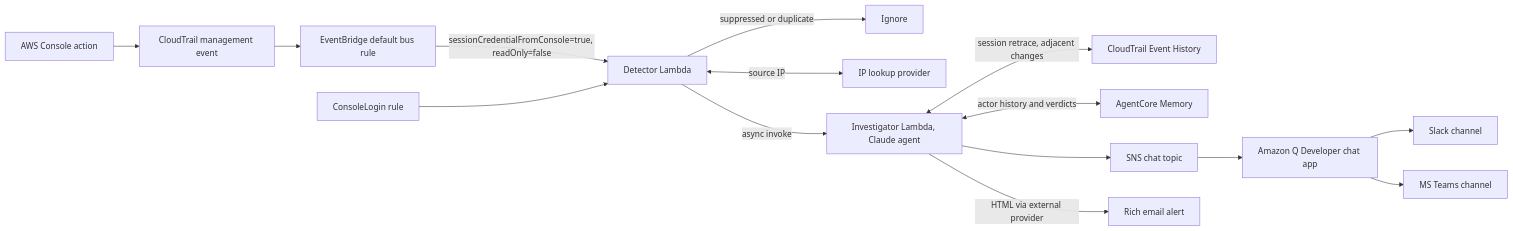
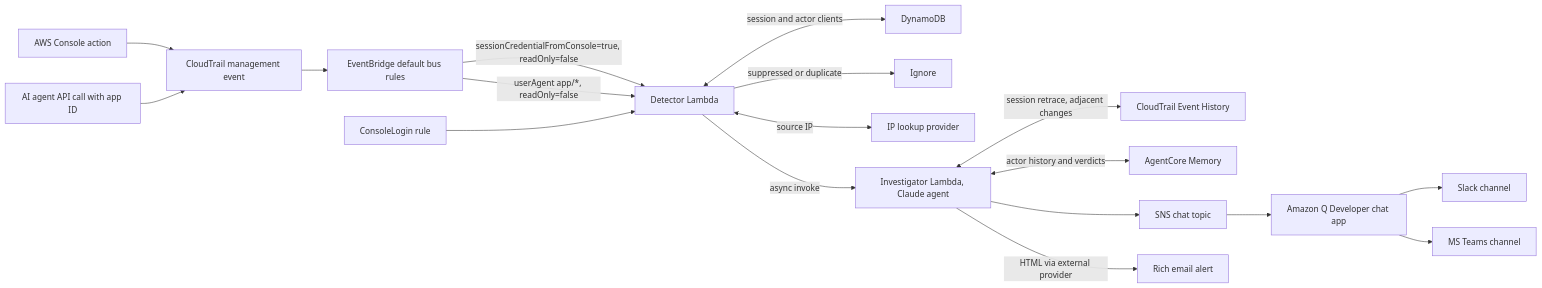
The diagram in README.md (zoph-io/clickops-sentinel), drawn with Mermaid before and after one commit. The commit also changed other lines of this file and 27 other files, not shown here.

First line of the commit message:
feat: classify clients from the user agent and catch AI agent changes

````diff
--- a/README.md
+++ b/README.md
@@ -144,17 +155,20 @@
 ```mermaid
 flowchart LR
     Console[AWS Console action] --> CT[CloudTrail management event]
-    CT --> EB[EventBridge default bus rule]
+    Agent[AI agent API call with app ID] --> CT
+    CT --> EB[EventBridge default bus rules]
     EB -->|"sessionCredentialFromConsole=true, readOnly=false"| DET[Detector Lambda]
+    EB -->|"userAgent app/*, readOnly=false"| DET
+    DET <-->|session and actor clients| DDB[DynamoDB]
     DET -->|suppressed or duplicate| Drop[Ignore]
     DET <-->|source IP| IPI[IP lookup provider]
     DET -->|async invoke| INV[Investigator Lambda, Claude agent]
     INV <-->|session retrace, adjacent changes| CTH[CloudTrail Event History]
     INV <-->|actor history and verdicts| MEM[AgentCore Memory]
     INV --> SNSQ[SNS chat topic]
     SNSQ --> QDev[Amazon Q Developer chat app]
     QDev --> Slack[Slack channel]
     QDev --> Teams[MS Teams channel]
     INV -->|HTML via external provider| Email[Rich email alert]
     EB2[ConsoleLogin rule] --> DET
 ```
````
